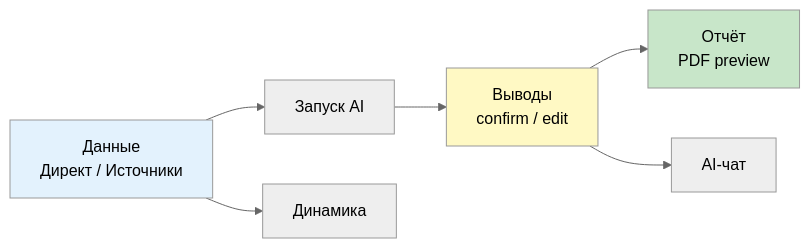
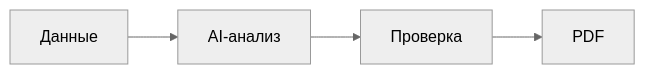
One commit to Ekaterina-Kotendzhi/PPC-Audit-Workspace-v.0 changed the diagram in ОТЧЕТ-ПО-ШАБЛОНУ.md. Above: the diagram before and after it, drawn with Mermaid (neutral theme). The commit also changed other lines of this file, not shown here.

Commit message:
docs: упростить ОТЧЕТ — краткий текст без лишних схем

````diff
--- a/ОТЧЕТ-ПО-ШАБЛОНУ.md
+++ b/ОТЧЕТ-ПО-ШАБЛОНУ.md
@@ -282,12 +33,4 @@
 ```mermaid
 flowchart LR
-    D[Данные<br/>Директ / Источники] --> AI[Запуск AI]
-    AI --> V[Выводы<br/>confirm / edit]
-    V --> O[Отчёт<br/>PDF preview]
-    D --> Dyn[Динамика]
-    V --> Chat[AI-чат]
-
-    style D fill:#e3f2fd
-    style V fill:#fff9c4
-    style O fill:#c8e6c9
+    A[Данные] --> B[AI-анализ] --> C[Проверка] --> D[PDF]
 ```
````
